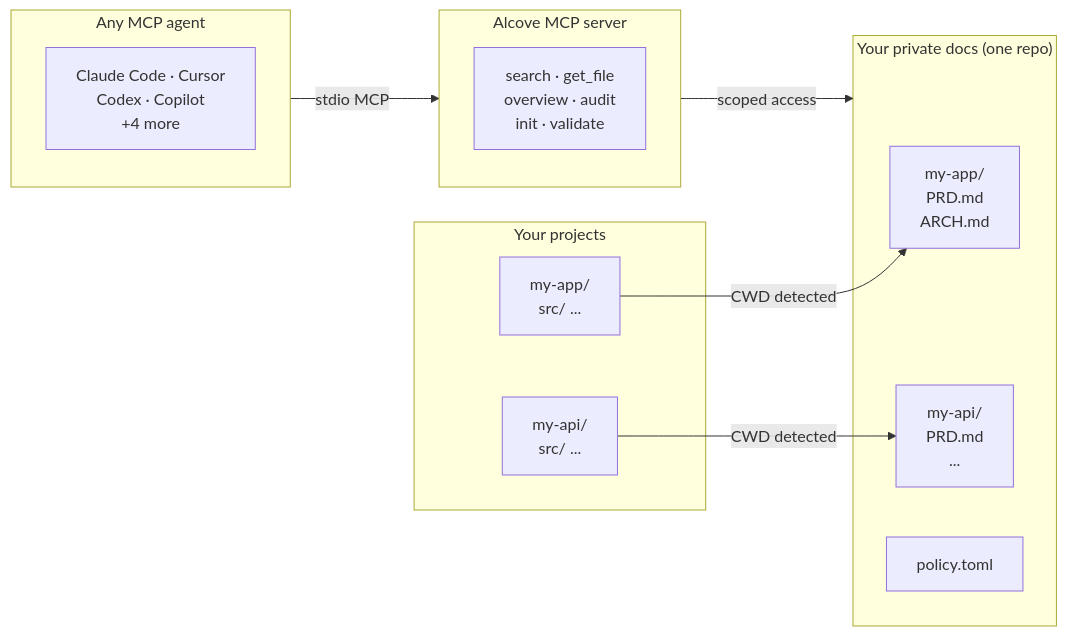
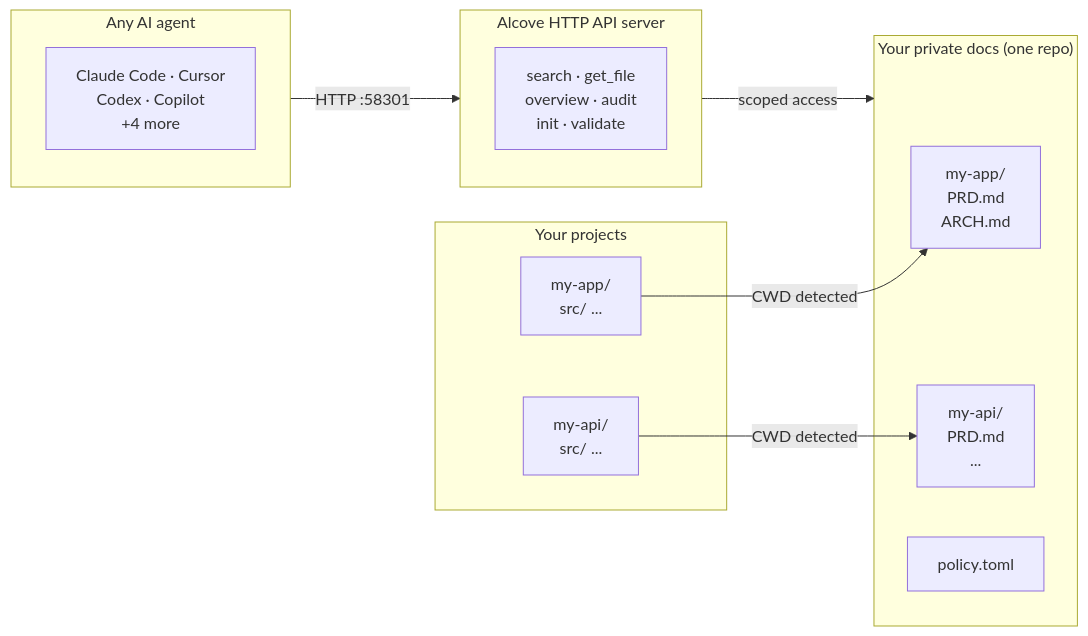
Before and after one commit to epicsagas/alcove: the diagram in README.md, drawn with Mermaid. The commit also changed other lines of this file and 11 other files, not shown here.

Commit message:
fix(skill): rename MCP section to API Proxy

````diff
--- a/README.md
+++ b/README.md
@@ -290,26 +306,26 @@
 ```mermaid
 flowchart LR
     subgraph Projects["Your projects"]
         A1["my-app/\n  src/ ..."]
         A2["my-api/\n  src/ ..."]
     end
 
     subgraph Docs["Your private docs (one repo)"]
         D1["my-app/\n  PRD.md\n  ARCH.md"]
         D2["my-api/\n  PRD.md\n  ..."]
         P1["policy.toml"]
     end
 
-    subgraph Agents["Any MCP agent"]
+    subgraph Agents["Any AI agent"]
         AG["Claude Code · Cursor\nCodex · Copilot\n+4 more"]
     end
 
-    subgraph MCP["Alcove MCP server"]
+    subgraph API["Alcove HTTP API server"]
         T["search · get_file\noverview · audit\ninit · validate"]
     end
 
     A1 -- "CWD detected" --> D1
     A2 -- "CWD detected" --> D2
-    Agents -- "stdio MCP" --> MCP
-    MCP -- "scoped access" --> Docs
+    Agents -- "HTTP :58301" --> API
+    API -- "scoped access" --> Docs
 ```
````
